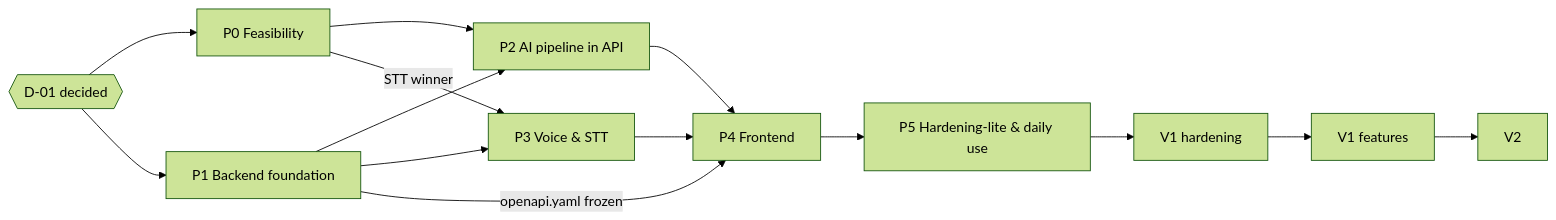
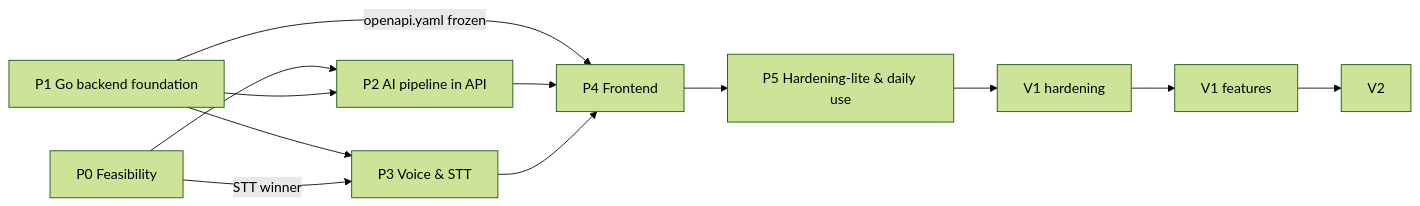
Before and after one commit to Ali-Khamis45/to-do-list-sharaf: the diagram in docs/roadmap-and-testing.md, drawn with Mermaid (forest theme). The commit also changed other lines of this file and 136 other files, not shown here.

````diff
--- a/docs/roadmap-and-testing.md
+++ b/docs/roadmap-and-testing.md
@@ -137,14 +125,12 @@
 ```mermaid
 flowchart LR
-  D01{{D-01 decided}} --> P0
-  D01 --> P1
   P0[P0 Feasibility] --> P2[P2 AI pipeline in API]
-  P1[P1 Backend foundation] --> P2
+  P1[P1 Go backend foundation] --> P2
   P1 --> P3[P3 Voice & STT]
   P0 -->|STT winner| P3
   P1 -->|openapi.yaml frozen| P4[P4 Frontend]
   P2 --> P4
   P3 --> P4
   P4 --> P5[P5 Hardening-lite & daily use]
   P5 --> V1H[V1 hardening] --> V1[V1 features] --> V2
 ```
````
